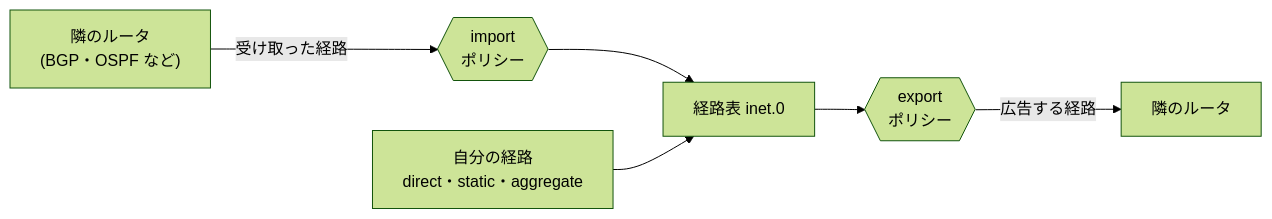
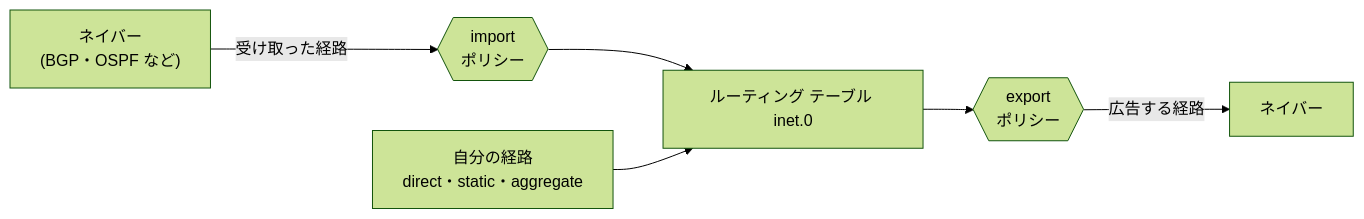
Before and after one commit to suzugross/CCNP_LAB_FACTORY: the diagram in courses/junos/ja/10-j1-map.md, drawn with Mermaid (forest theme). The commit also changed other lines of this file and 302 other files, not shown here.

````diff
--- a/courses/junos/ja/10-j1-map.md
+++ b/courses/junos/ja/10-j1-map.md
@@ -67,8 +67,8 @@
 ```mermaid
 flowchart LR
-  NB1["隣のルータ<br>(BGP・OSPF など)"] -- "受け取った経路" --> IMP{{"import<br>ポリシー"}}
-  IMP --> RT["経路表 inet.0"]
+  NB1["ネイバー<br>(BGP・OSPF など)"] -- "受け取った経路" --> IMP{{"import<br>ポリシー"}}
+  IMP --> RT["ルーティング テーブル inet.0"]
   OWN["自分の経路<br>direct・static・aggregate"] --> RT
   RT --> EXP{{"export<br>ポリシー"}}
-  EXP -- "広告する経路" --> NB2["隣のルータ"]
+  EXP -- "広告する経路" --> NB2["ネイバー"]
 ```
````
